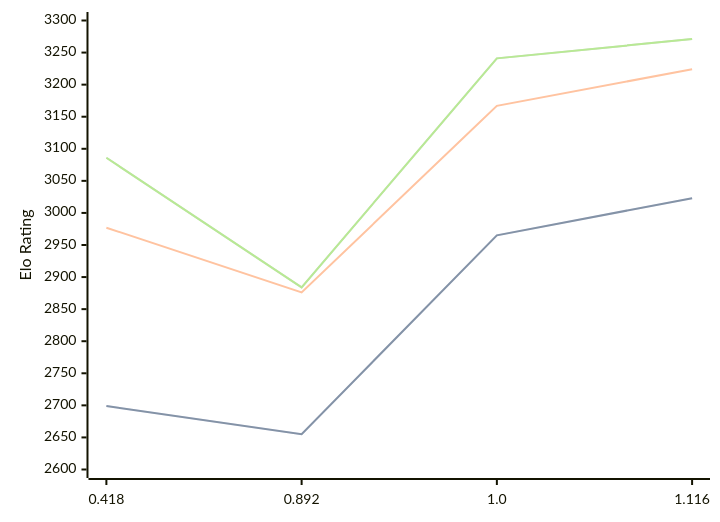
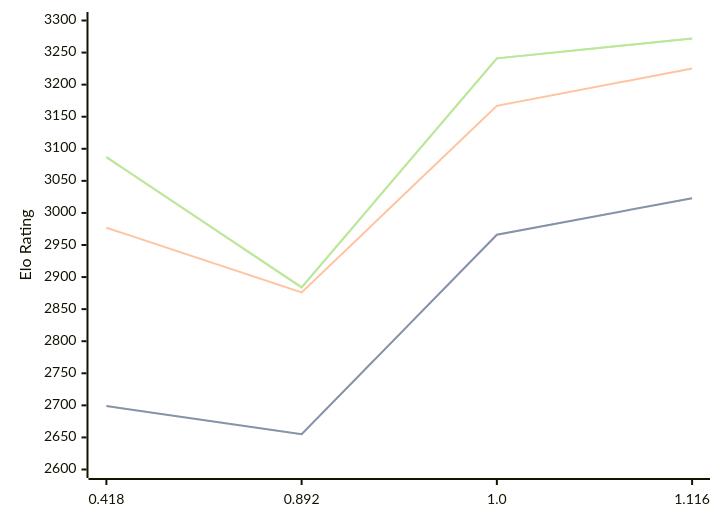
The third of 3 diagrams in engines/Malika.md (computer-chess-index/cci), drawn with Mermaid before and after one commit. The commit also changed other lines of this file, not shown here.

Commit message:
Update CCI Ratings (ELO VLTC) - 2026-06-16

````diff
--- a/engines/Malika.md
+++ b/engines/Malika.md
@@ -67,11 +67,11 @@
 ```mermaid
 %%{init: {"theme":"base","themeVariables":{"seriesColors:['#a3a3a3','#222221','#faa371']}}}%%
 xychart-beta
   x-axis ["0.418", "0.892", "1.0", "1.116"]
   y-axis "Elo Rating" 2600 --> 3300
-  line "STC (8.0+0.08s)" [2699, 2655, 2965, 3023]
-  line "STC (8.0+0.08s)" [2699, 2655, 2965, 3023]
-  line "LTC (60.0+0.60s)" [2977, 2876, 3167, 3224]
-  line "VLTC (2m24s+1.12s)" [3086, 2884, 3241, 3271]
-  line "VLTC (2m24s+1.12s)" [3086, 2884, 3241, 3271]
+  line "STC (8.0+0.08s)" [2699, 2655, 2966, 3023]
+  line "STC (8.0+0.08s)" [2699, 2655, 2966, 3023]
+  line "LTC (60.0+0.60s)" [2977, 2876, 3167, 3225]
+  line "VLTC (2m24s+1.12s)" [3087, 2884, 3241, 3272]
+  line "VLTC (2m24s+1.12s)" [3087, 2884, 3241, 3272]
 ```
````
